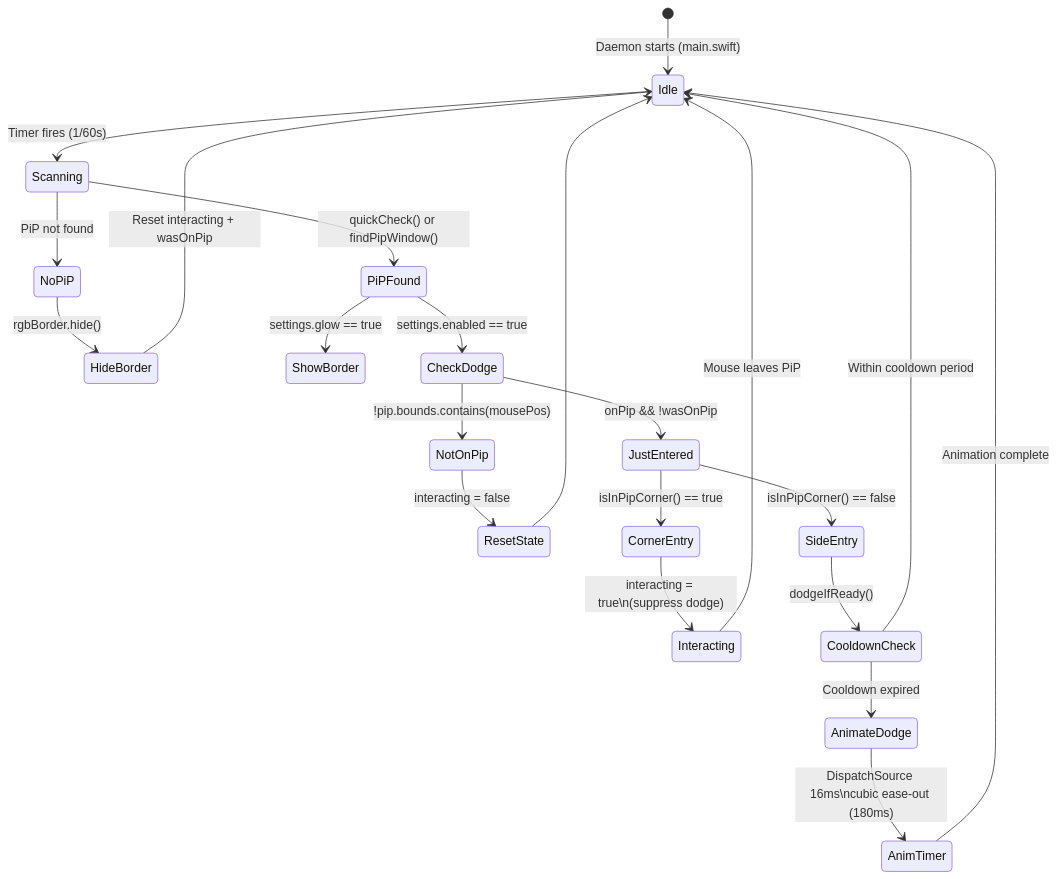
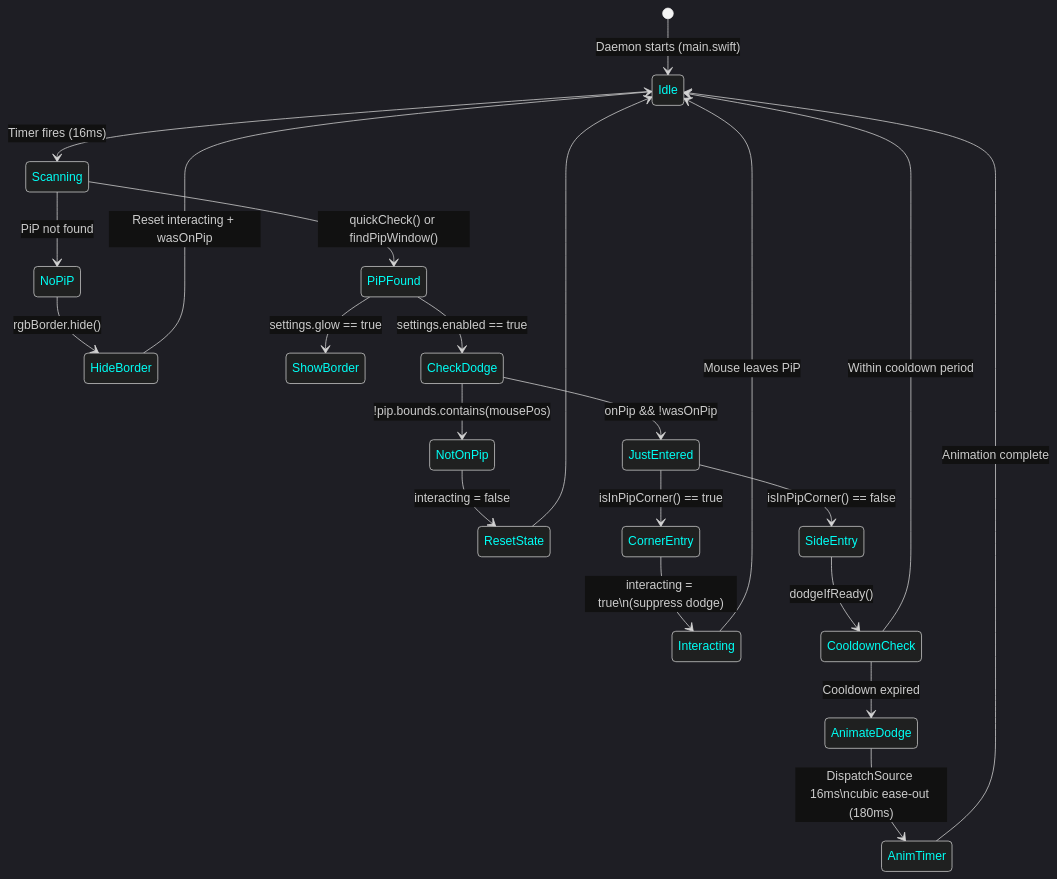
The second of 9 diagrams in README.md (colours93/pipbounce), drawn with Mermaid before and after one commit. The commit also changed other lines of this file and 43 other files, not shown here.

````diff
--- a/README.md
+++ b/README.md
@@ -77,34 +95,35 @@
 ```mermaid
+%%{init: {'theme': 'dark', 'themeVariables': {'primaryColor': '#0a2540', 'primaryTextColor': '#00fff5', 'primaryBorderColor': '#00fff5', 'lineColor': '#b44dff', 'secondaryColor': '#1a0a3e', 'tertiaryColor': '#0a3520', 'edgeLabelBackground': '#111', 'clusterBkg': '#0d0d14', 'clusterBorder': '#2a2a3a', 'titleColor': '#fafafa', 'nodeTextColor': '#fafafa'}}}%%
 stateDiagram-v2
     [*] --> Idle: Daemon starts (main.swift)
 
-    Idle --> Scanning: Timer fires (1/60s)
+    Idle --> Scanning: Timer fires (16ms)
 
     Scanning --> NoPiP: PiP not found
     Scanning --> PiPFound: quickCheck() or findPipWindow()
 
     NoPiP --> HideBorder: rgbBorder.hide()
     HideBorder --> Idle: Reset interacting + wasOnPip
 
     PiPFound --> ShowBorder: settings.glow == true
     PiPFound --> CheckDodge: settings.enabled == true
 
     CheckDodge --> NotOnPip: !pip.bounds.contains(mousePos)
     CheckDodge --> JustEntered: onPip && !wasOnPip
 
     NotOnPip --> ResetState: interacting = false
     ResetState --> Idle
 
     JustEntered --> CornerEntry: isInPipCorner() == true
     JustEntered --> SideEntry: isInPipCorner() == false
 
     CornerEntry --> Interacting: interacting = true\n(suppress dodge)
     Interacting --> Idle: Mouse leaves PiP
 
     SideEntry --> CooldownCheck: dodgeIfReady()
     CooldownCheck --> Idle: Within cooldown period
     CooldownCheck --> AnimateDodge: Cooldown expired
 
     AnimateDodge --> AnimTimer: DispatchSource 16ms\ncubic ease-out (180ms)
     AnimTimer --> Idle: Animation complete
 ```
````
